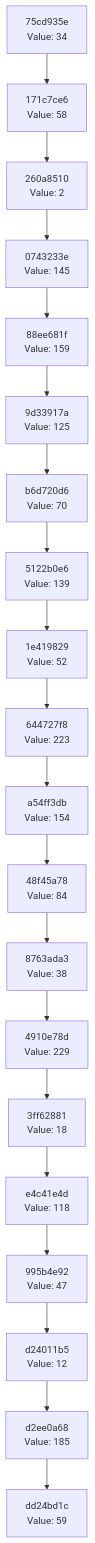
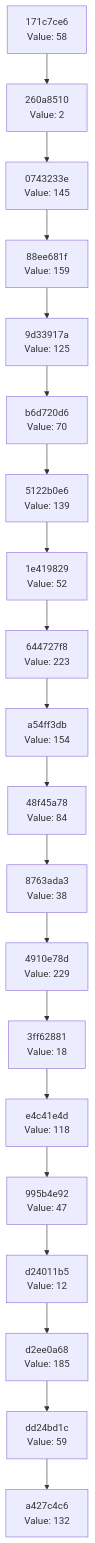
Before and after one commit to Abhisheksinha1506/hash-chain-evolver: the diagram in docs/CHAIN_VISUALIZATION.md, drawn with Mermaid. The commit also changed 3 other files, not shown here.

````diff
--- a/docs/CHAIN_VISUALIZATION.md
+++ b/docs/CHAIN_VISUALIZATION.md
@@ -3,42 +3,42 @@
 ```mermaid
 graph TD
-    C0["dd24bd1c<br/>Value: 59"]
-    C1["d2ee0a68<br/>Value: 185"]
+    C0["a427c4c6<br/>Value: 132"]
+    C1["dd24bd1c<br/>Value: 59"]
     C1 --> C0
-    C2["d24011b5<br/>Value: 12"]
+    C2["d2ee0a68<br/>Value: 185"]
     C2 --> C1
-    C3["995b4e92<br/>Value: 47"]
+    C3["d24011b5<br/>Value: 12"]
     C3 --> C2
-    C4["e4c41e4d<br/>Value: 118"]
+    C4["995b4e92<br/>Value: 47"]
     C4 --> C3
-    C5["3ff62881<br/>Value: 18"]
+    C5["e4c41e4d<br/>Value: 118"]
     C5 --> C4
-    C6["4910e78d<br/>Value: 229"]
+    C6["3ff62881<br/>Value: 18"]
     C6 --> C5
-    C7["8763ada3<br/>Value: 38"]
+    C7["4910e78d<br/>Value: 229"]
     C7 --> C6
-    C8["48f45a78<br/>Value: 84"]
+    C8["8763ada3<br/>Value: 38"]
     C8 --> C7
-    C9["a54ff3db<br/>Value: 154"]
+    C9["48f45a78<br/>Value: 84"]
     C9 --> C8
-    C10["644727f8<br/>Value: 223"]
+    C10["a54ff3db<br/>Value: 154"]
     C10 --> C9
-    C11["1e419829<br/>Value: 52"]
+    C11["644727f8<br/>Value: 223"]
     C11 --> C10
-    C12["5122b0e6<br/>Value: 139"]
+    C12["1e419829<br/>Value: 52"]
     C12 --> C11
-    C13["b6d720d6<br/>Value: 70"]
+    C13["5122b0e6<br/>Value: 139"]
     C13 --> C12
-    C14["9d33917a<br/>Value: 125"]
+    C14["b6d720d6<br/>Value: 70"]
     C14 --> C13
-    C15["88ee681f<br/>Value: 159"]
+    C15["9d33917a<br/>Value: 125"]
     C15 --> C14
-    C16["0743233e<br/>Value: 145"]
+    C16["88ee681f<br/>Value: 159"]
     C16 --> C15
-    C17["260a8510<br/>Value: 2"]
+    C17["0743233e<br/>Value: 145"]
     C17 --> C16
-    C18["171c7ce6<br/>Value: 58"]
+    C18["260a8510<br/>Value: 2"]
     C18 --> C17
-    C19["75cd935e<br/>Value: 34"]
+    C19["171c7ce6<br/>Value: 58"]
     C19 --> C18
 ```
````
